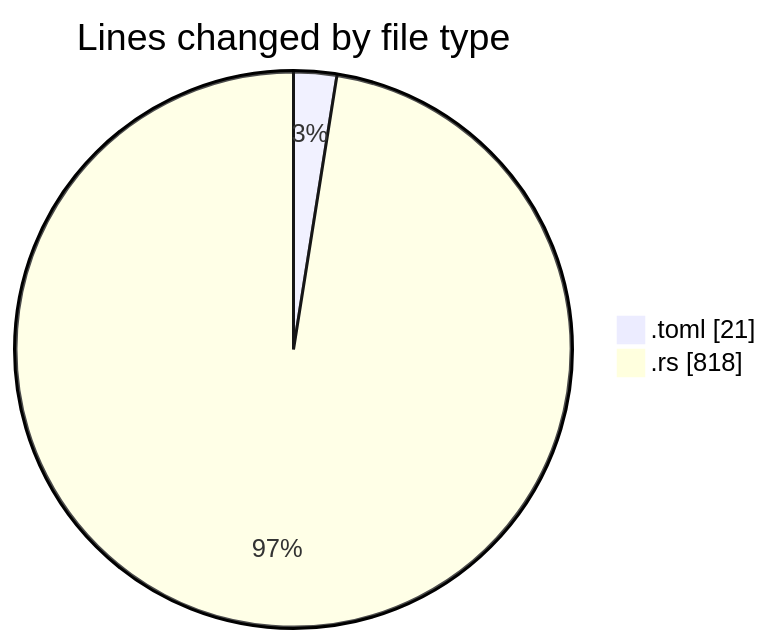
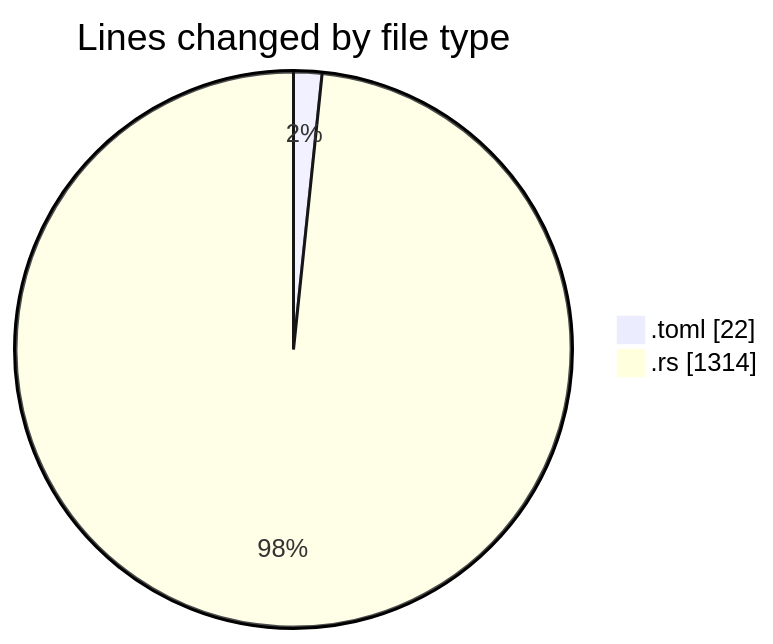
One commit to ernivani/code-tracking changed the first of 2 diagrams in 2025-01-02/3drust/README.md. Above: the diagram before and after it, drawn with Mermaid. The commit also changed other lines of this file and 2 other files, not shown here.

````diff
--- a/2025-01-02/3drust/README.md
+++ b/2025-01-02/3drust/README.md
@@ -21,6 +22,6 @@
 ```mermaid
 pie showData
 title Lines changed by file type
-".toml" : 21
-".rs" : 818
+".toml" : 22
+".rs" : 1314
 ```
````
